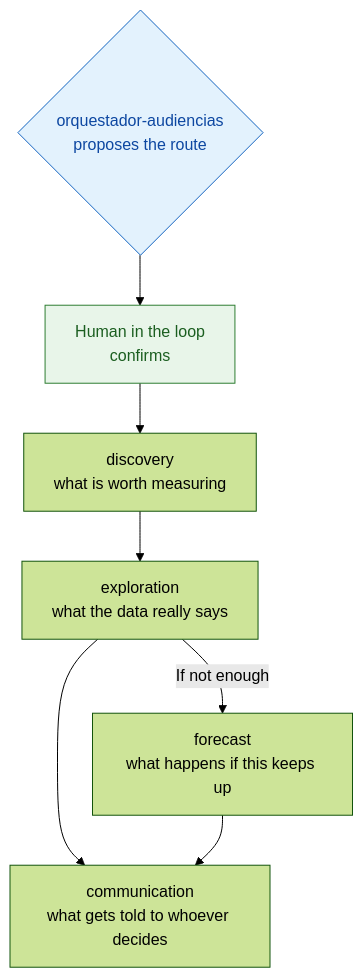
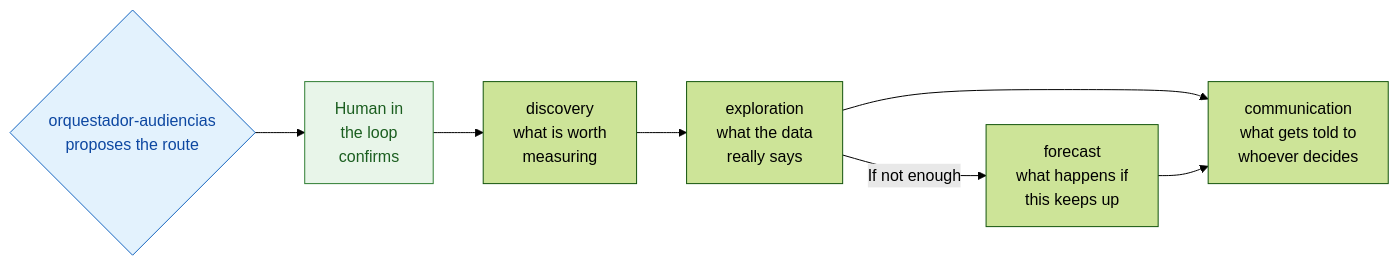
The diagram in README.en.md (jleonceo/audience-analyst-swarm), drawn with Mermaid (forest theme) before and after one commit. The commit also changed 1 other file, not shown here.

Commit message:
Esquema: pasa a horizontal para que ocupe menos de una pantalla
Iba de arriba abajo y ocupaba más de 1.000 píxeles de alto. Ahora va de
izquierda a derecha, con los pasos agrupados en columnas. El contenido de
las cajas es el mismo.

````diff
--- a/README.en.md
+++ b/README.en.md
@@ -29,11 +29,11 @@
 ```mermaid
-flowchart TD
-    O{orquestador-audiencias<br/>proposes the route} --> H[Human in the loop<br/>confirms]
-    H --> D[discovery<br/>what is worth measuring]
-    D --> E[exploration<br/>what the data really says]
-    E -->|If not enough| P[forecast<br/>what happens if this keeps up]
-    E --> C[communication<br/>what gets told to whoever decides]
+flowchart LR
+    O{orquestador-audiencias<br/>proposes the route} --> H[Human in<br/>the loop<br/>confirms]
+    H --> D[discovery<br/>what is worth<br/>measuring]
+    D --> E[exploration<br/>what the data<br/>really says]
+    E -->|If not enough| P[forecast<br/>what happens if<br/>this keeps up]
+    E --> C[communication<br/>what gets told to<br/>whoever decides]
     P --> C
     style O fill:#e3f2fd,stroke:#1565c0,color:#0d47a1
     style H fill:#e8f5e9,stroke:#2e7d32,color:#1b5e20
 ```
````
